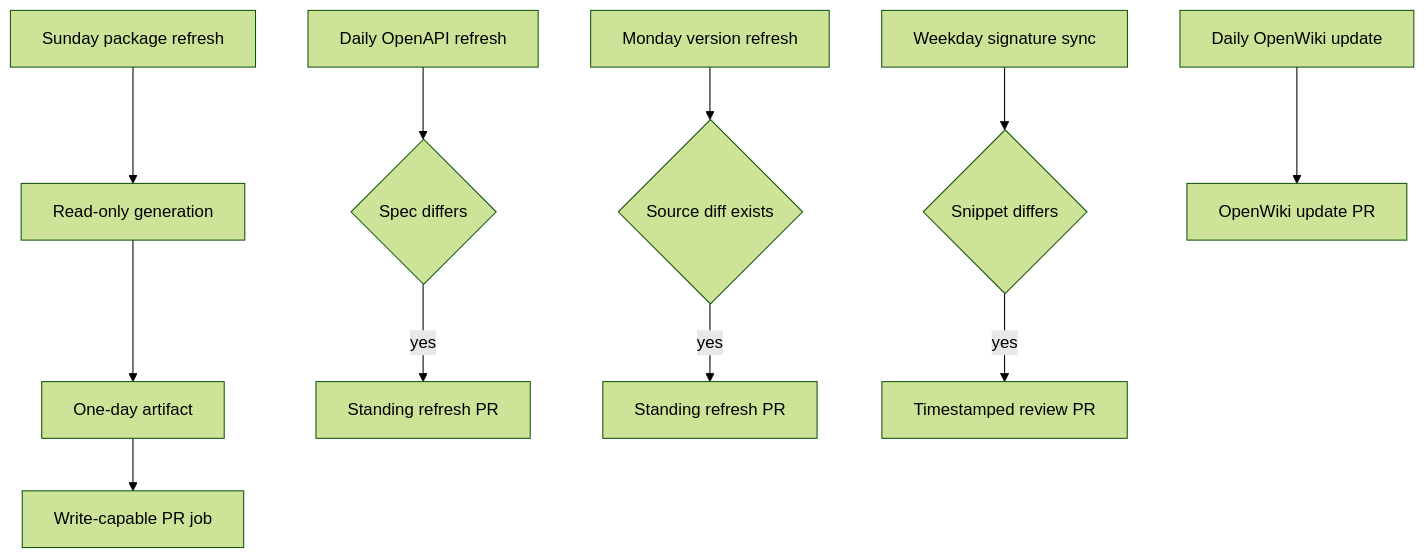
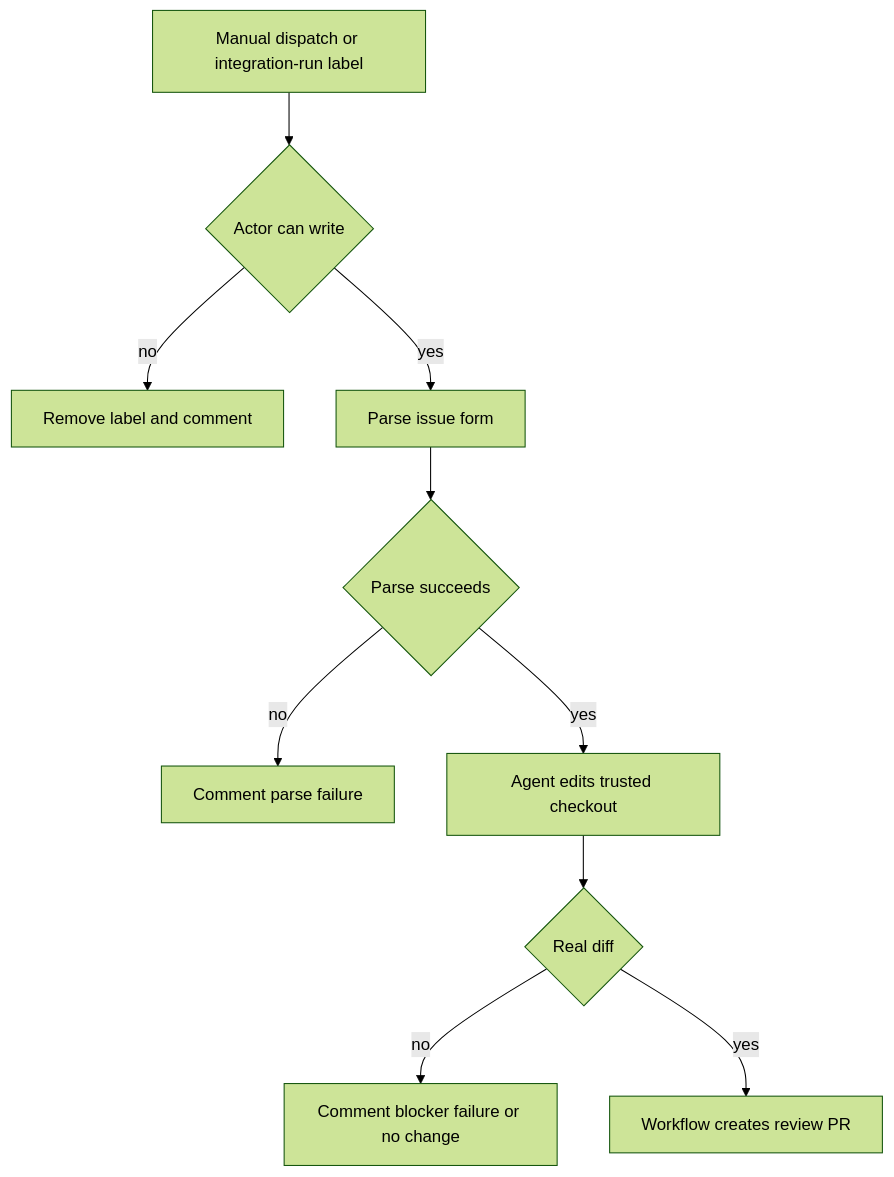
Before and after one commit to langchain-ai/docs: the third of 4 diagrams in openwiki/integrations/github-actions.md, drawn with Mermaid (forest theme). The commit also changed other lines of this file and 30 other files, not shown here.

Commit message:
docs: update OpenWiki

````diff
--- a/openwiki/integrations/github-actions.md
+++ b/openwiki/integrations/github-actions.md
@@ -146,13 +129,12 @@
 ```mermaid
 flowchart TD
-  Download["Sunday package refresh"] --> Generate["Read-only generation"]
-  Generate --> Artifact["One-day artifact"]
-  Artifact --> Publish["Write-capable PR job"]
-  OpenAPI["Daily OpenAPI refresh"] --> OpenAPIDiff{"Spec differs"}
-  OpenAPIDiff -->|"yes"| OpenAPIPR["Standing refresh PR"]
-  Versions["Monday version refresh"] --> VersionDiff{"Source diff exists"}
-  VersionDiff -->|"yes"| VersionPR["Standing refresh PR"]
-  Signatures["Weekday signature sync"] --> SignatureDiff{"Snippet differs"}
-  SignatureDiff -->|"yes"| SignaturePR["Timestamped review PR"]
-  Wiki["Daily OpenWiki update"] --> WikiPR["OpenWiki update PR"]
+  Event["Manual dispatch or integration-run label"] --> Permit{"Actor can write"}
+  Permit -->|"no"| Reject["Remove label and comment"]
+  Permit -->|"yes"| Parse["Parse issue form"]
+  Parse --> Parsed{"Parse succeeds"}
+  Parsed -->|"no"| ParseNote["Comment parse failure"]
+  Parsed -->|"yes"| Agent["Agent edits trusted checkout"]
+  Agent --> Changed{"Real diff"}
+  Changed -->|"no"| NoChange["Comment blocker failure or no change"]
+  Changed -->|"yes"| PR["Workflow creates review PR"]
 ```
````
